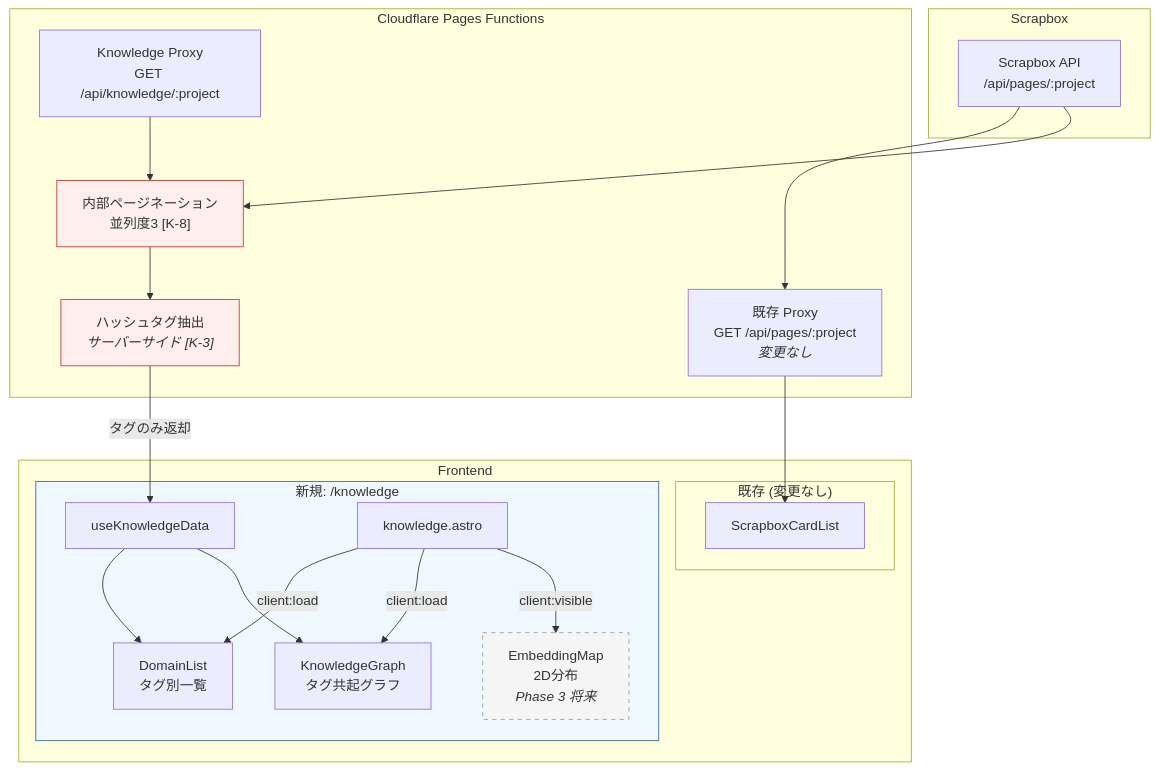
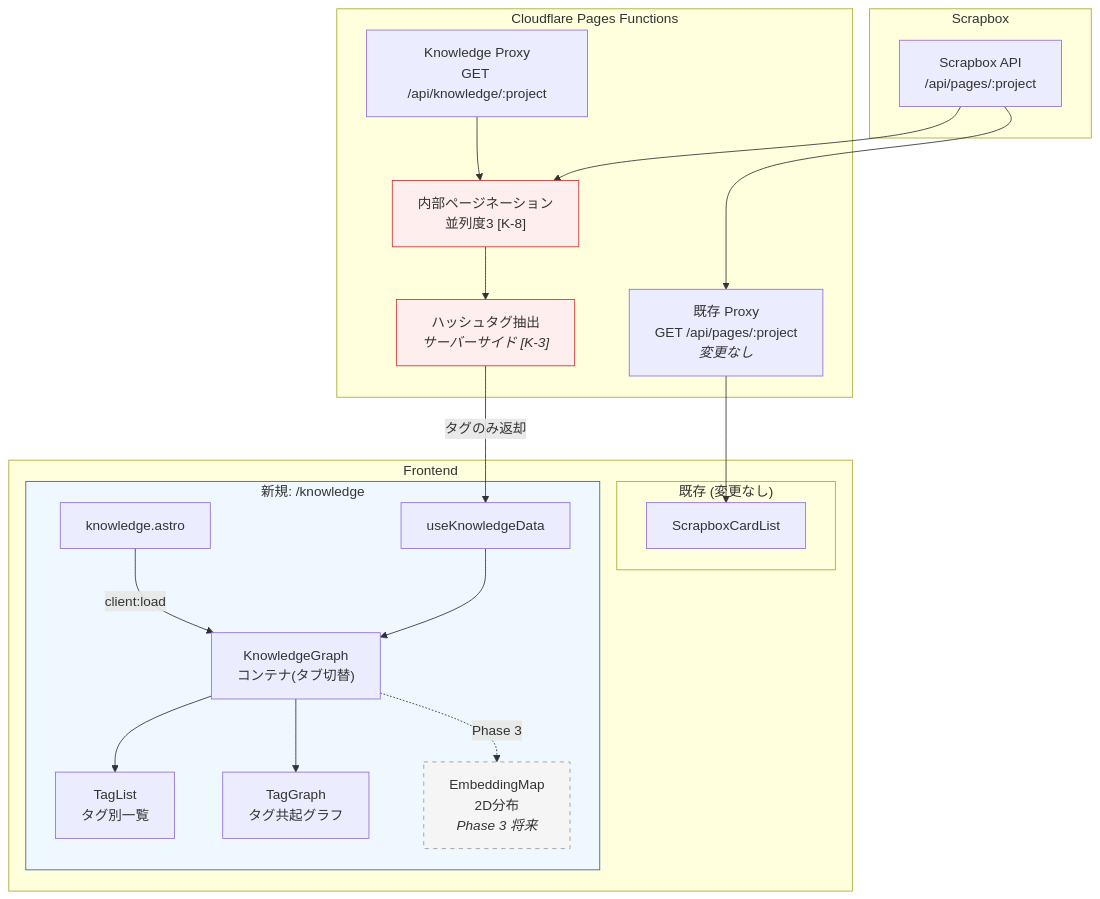
Before and after one commit to KJR020/kjr020.github.io: the first of 3 diagrams in .kiro/specs/20260325-knowledge-system/design.md, drawn with Mermaid. The commit also changed other lines of this file and 3 other files, not shown here.

````diff
--- a/.kiro/specs/20260325-knowledge-system/design.md
+++ b/.kiro/specs/20260325-knowledge-system/design.md
@@ -34,41 +44,42 @@
 ```mermaid
 graph TB
     subgraph External["Scrapbox"]
         SB["Scrapbox API<br/>/api/pages/:project"]
     end
 
     subgraph CF["Cloudflare Pages Functions"]
         EXISTING["既存 Proxy<br/>GET /api/pages/:project<br/><i>変更なし</i>"]
         NEW["Knowledge Proxy<br/>GET /api/knowledge/:project"]
         EXTRACT["ハッシュタグ抽出<br/><i>サーバーサイド [K-3]</i>"]
         PAGINATE["内部ページネーション<br/>並列度3 [K-8]"]
         NEW --> PAGINATE --> EXTRACT
     end
 
     subgraph Browser["Frontend"]
         subgraph Existing["既存 (変更なし)"]
             CARDS["ScrapboxCardList"]
         end
         subgraph New["新規: /knowledge"]
             HOOK["useKnowledgeData"]
             PAGE["knowledge.astro"]
-            LIST["DomainList<br/>タグ別一覧"]
-            TAGGRAPH["KnowledgeGraph<br/>タグ共起グラフ"]
+            CONTAINER["KnowledgeGraph<br/>コンテナ(タブ切替)"]
+            LIST["TagList<br/>タグ別一覧"]
+            TAGGRAPH["TagGraph<br/>タグ共起グラフ"]
             MAP["EmbeddingMap<br/>2D分布<br/><i>Phase 3 将来</i>"]
-            PAGE -->|"client:load"| LIST
-            PAGE -->|"client:load"| TAGGRAPH
-            PAGE -->|"client:visible"| MAP
-            HOOK --> LIST
-            HOOK --> TAGGRAPH
+            PAGE -->|"client:load"| CONTAINER
+            CONTAINER --> LIST
+            CONTAINER --> TAGGRAPH
+            CONTAINER -.->|"Phase 3"| MAP
+            HOOK --> CONTAINER
         end
     end
 
     SB --> EXISTING --> CARDS
     SB --> PAGINATE
     EXTRACT -->|"タグのみ返却"| HOOK
 
     style EXTRACT fill:#fee,stroke:#c33
     style PAGINATE fill:#fee,stroke:#c33
     style New fill:#f0f8ff,stroke:#369
     style MAP fill:#f5f5f5,stroke:#999,stroke-dasharray: 5 5
 ```
````
